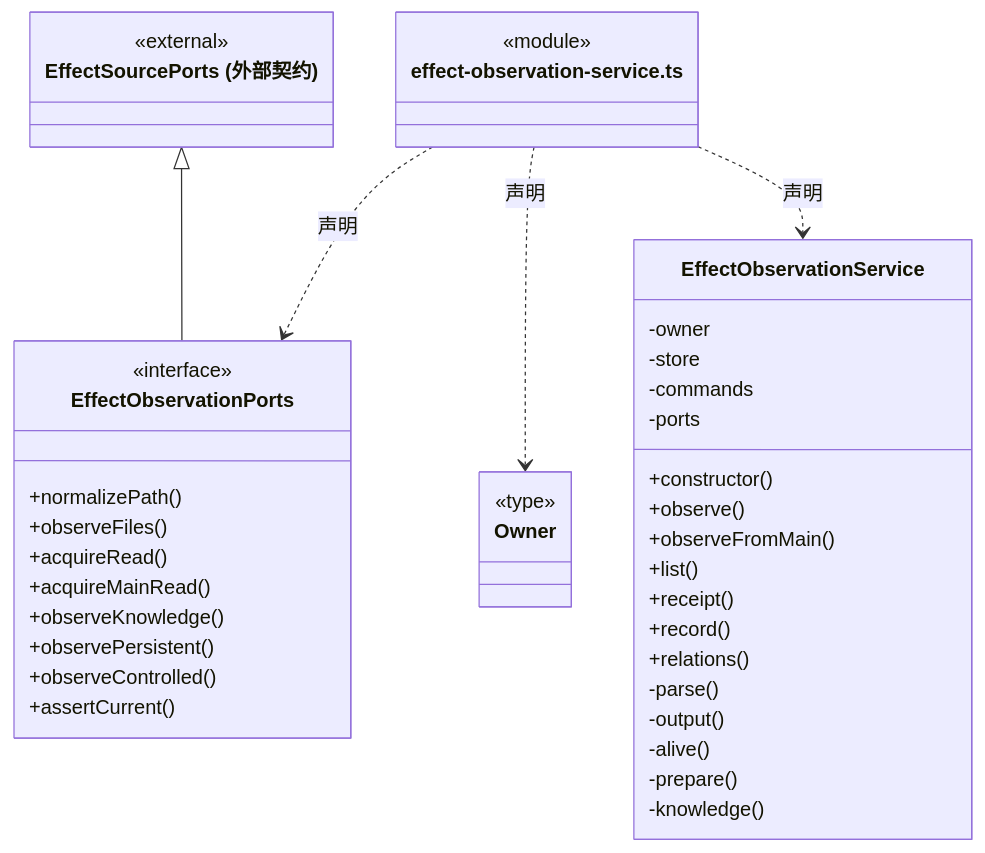
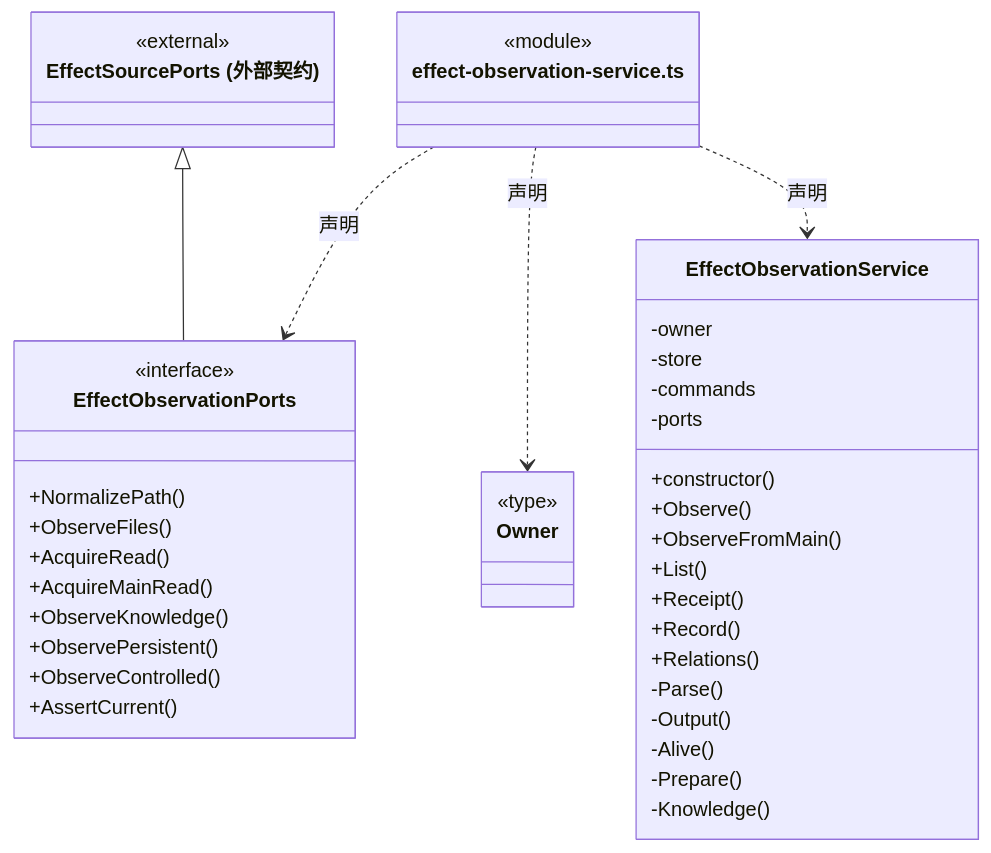
One commit to nan023062/cbim changed the seventh of 23 diagrams in src/logic/evidence/runtime/ARCHITECTURE.md. Above: the diagram before and after it, drawn with Mermaid. The commit also changed other lines of this file and 1035 other files, not shown here.

````diff
--- a/src/logic/evidence/runtime/ARCHITECTURE.md
+++ b/src/logic/evidence/runtime/ARCHITECTURE.md
@@ -167,46 +167,46 @@
 ```mermaid
 classDiagram
 class N_src_logic_evidence_runtime_effect_observation_service_ts["effect-observation-service.ts"] {
   <<module>>
 }
 class N_src_logic_evidence_runtime_effect_observation_service_ts_EffectObservationPorts["EffectObservationPorts"] {
   <<interface>>
-  +normalizePath()
-  +observeFiles()
-  +acquireRead()
-  +acquireMainRead()
-  +observeKnowledge()
-  +observePersistent()
-  +observeControlled()
-  +assertCurrent()
+  +NormalizePath()
+  +ObserveFiles()
+  +AcquireRead()
+  +AcquireMainRead()
+  +ObserveKnowledge()
+  +ObservePersistent()
+  +ObserveControlled()
+  +AssertCurrent()
 }
 N_src_logic_evidence_runtime_effect_observation_service_ts ..> N_src_logic_evidence_runtime_effect_observation_service_ts_EffectObservationPorts : 声明
 class N_src_logic_evidence_runtime_effect_observation_service_ts_external_EffectSourcePorts["EffectSourcePorts (外部契约)"] {
   <<external>>
 }
 N_src_logic_evidence_runtime_effect_observation_service_ts_external_EffectSourcePorts <|-- N_src_logic_evidence_runtime_effect_observation_service_ts_EffectObservationPorts
 class N_src_logic_evidence_runtime_effect_observation_service_ts_Owner["Owner"] {
   <<type>>
 
 }
 N_src_logic_evidence_runtime_effect_observation_service_ts ..> N_src_logic_evidence_runtime_effect_observation_service_ts_Owner : 声明
 class N_src_logic_evidence_runtime_effect_observation_service_ts_EffectObservationService["EffectObservationService"] {
   +constructor()
-  +observe()
-  +observeFromMain()
-  +list()
-  +receipt()
-  +record()
-  +relations()
+  +Observe()
+  +ObserveFromMain()
+  +List()
+  +Receipt()
+  +Record()
+  +Relations()
   -owner
   -store
   -commands
   -ports
-  -parse()
-  -output()
-  -alive()
-  -prepare()
-  -knowledge()
+  -Parse()
+  -Output()
+  -Alive()
+  -Prepare()
+  -Knowledge()
 }
 N_src_logic_evidence_runtime_effect_observation_service_ts ..> N_src_logic_evidence_runtime_effect_observation_service_ts_EffectObservationService : 声明
 ```
````
